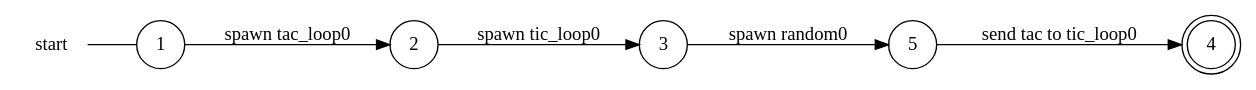
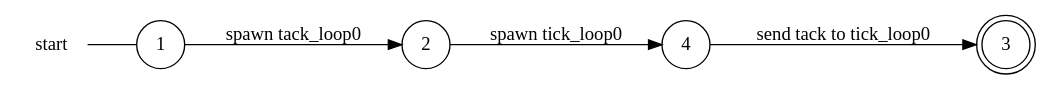
One commit to gabrielegenovese/chorer changed the diagram in example/ticktack/start_local_view.dot. Above: the diagram before and after it, drawn with Graphviz. The commit also changed 25 other files, not shown here.

```diff
--- a/example/ticktack/start_local_view.dot
+++ b/example/ticktack/start_local_view.dot
@@ -1,15 +1,13 @@
 digraph start {
 	rankdir="LR";
 	n_0 [label="start", shape="plaintext"];
-	n_1 [id="5", shape=circle, label="5"];
-	n_2 [id="1", shape=circle, label="1"];
-	n_0 -> n_2 [arrowhead=none];
-	n_3 [id="2", shape=circle, label="2"];
-	n_4 [id="4", shape=doublecircle, label="4"];
-	n_5 [id="3", shape=circle, label="3"];
+	n_1 [id="1", shape=circle, label="1"];
+	n_0 -> n_1 [arrowhead=none];
+	n_2 [id="2", shape=circle, label="2"];
+	n_3 [id="4", shape=circle, label="4"];
+	n_4 [id="3", shape=doublecircle, label="3"];
 
-	n_5 -> n_1 [id="[$e|1]", label="spawn random0"];
-	n_1 -> n_4 [id="[$e|3]", label="send tac to tic_loop0"];
-	n_2 -> n_3 [id="[$e|0]", label="spawn tac_loop0"];
-	n_3 -> n_5 [id="[$e|2]", label="spawn tic_loop0"];
+	n_3 -> n_4 [id="[$e|1]", label="send tack to tick_loop0"];
+	n_2 -> n_3 [id="[$e|0]", label="spawn tick_loop0"];
+	n_1 -> n_2 [id="[$e|2]", label="spawn tack_loop0"];
 }
```
